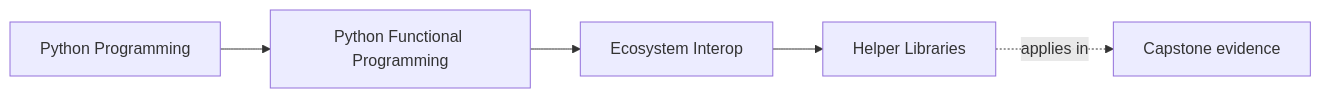
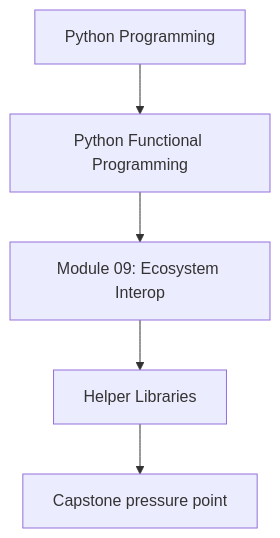
The first of 2 diagrams in programs/python-programming/python-functional-programming/course-book/module-09-ecosystem-interop/helper-libraries.md (bijux/bijux-masterclass), drawn with Mermaid before and after one commit. The commit also changed other lines of this file and 118 other files, not shown here.

Commit message:
docs(python-functional-programming): align concept page diagrams

````diff
--- a/programs/python-programming/python-functional-programming/course-book/module-09-ecosystem-interop/helper-libraries.md
+++ b/programs/python-programming/python-functional-programming/course-book/module-09-ecosystem-interop/helper-libraries.md
@@ -6,11 +6,7 @@
 ```mermaid
-graph LR
-  family["Python Programming"]
-  program["Python Functional Programming"]
-  section["Ecosystem Interop"]
-  page["Helper Libraries"]
-  capstone["Capstone evidence"]
-
-  family --> program --> section --> page
-  page -.applies in.-> capstone
+flowchart TD
+  family["Python Programming"] --> program["Python Functional Programming"]
+  program --> module["Module 09: Ecosystem Interop"]
+  module --> concept["Helper Libraries"]
+  concept --> capstone["Capstone pressure point"]
 ```
````
